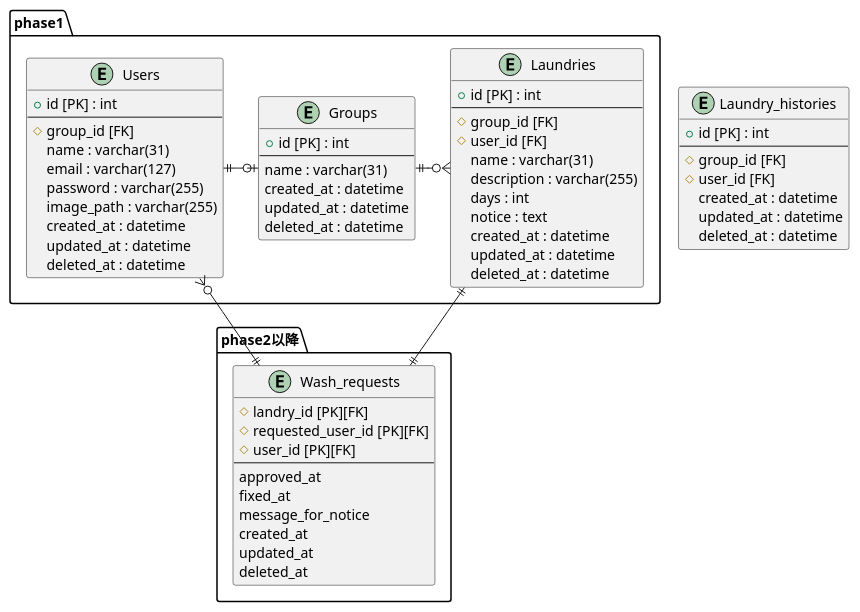
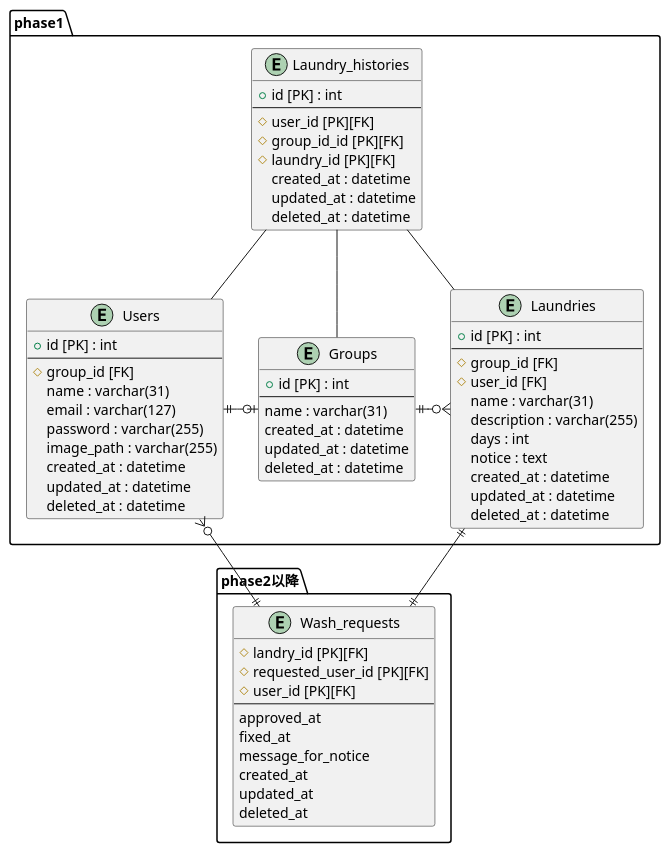
One commit to mixa393/mohumohu changed the diagram in docs/ER図.puml. Above: the diagram before and after it, drawn with PlantUML.

Commit message:
Add: カラム編集

```diff
--- a/docs/ER図.puml
+++ b/docs/ER図.puml
@@ -1,72 +1,79 @@
 @startuml
 
 package phase1{
+    entity Laundry_histories{
+        + id [PK] : int
+        --
+        # user_id [PK][FK]
+        # group_id_id [PK][FK]
+        # laundry_id [PK][FK]
+        created_at : datetime
+        updated_at : datetime
+        deleted_at : datetime
+    }
+
     entity Users{
     + id [PK] : int
     --
     # group_id [FK]
     name : varchar(31)
     email : varchar(127)
     password : varchar(255)
     image_path : varchar(255)
     created_at : datetime
     updated_at : datetime
     deleted_at : datetime
     }
 
     entity Groups
     {
     + id [PK] : int
     --
     name : varchar(31)
     created_at : datetime
     updated_at : datetime
     deleted_at : datetime
     }
 
     entity Laundries{
     + id [PK] : int
     --
     # group_id [FK]
     # user_id [FK]
     name : varchar(31)
     description : varchar(255)
     days : int
     notice : text
     created_at : datetime
     updated_at : datetime
     deleted_at : datetime
     }
 }
 
-entity Laundry_histories{
-    + id [PK] : int
-    --
-    # group_id [FK]
-    # user_id [FK]
-    created_at : datetime
-    updated_at : datetime
-    deleted_at : datetime
-}
 
 package  phase2以降{
     entity Wash_requests{
     # landry_id [PK][FK]
     # requested_user_id [PK][FK]
     # user_id [PK][FK]
     --
     approved_at
     fixed_at
     message_for_notice
     created_at
     updated_at
     deleted_at
     }
 }
+
+Laundry_histories -- Users
+Laundry_histories - Groups
+Laundry_histories - Laundries
 Users ||-o| Groups
 Groups ||-o{ Laundries
 Laundries ||-|| Wash_requests
 Users }o--|| Wash_requests
 
 
+
 @enduml
```
